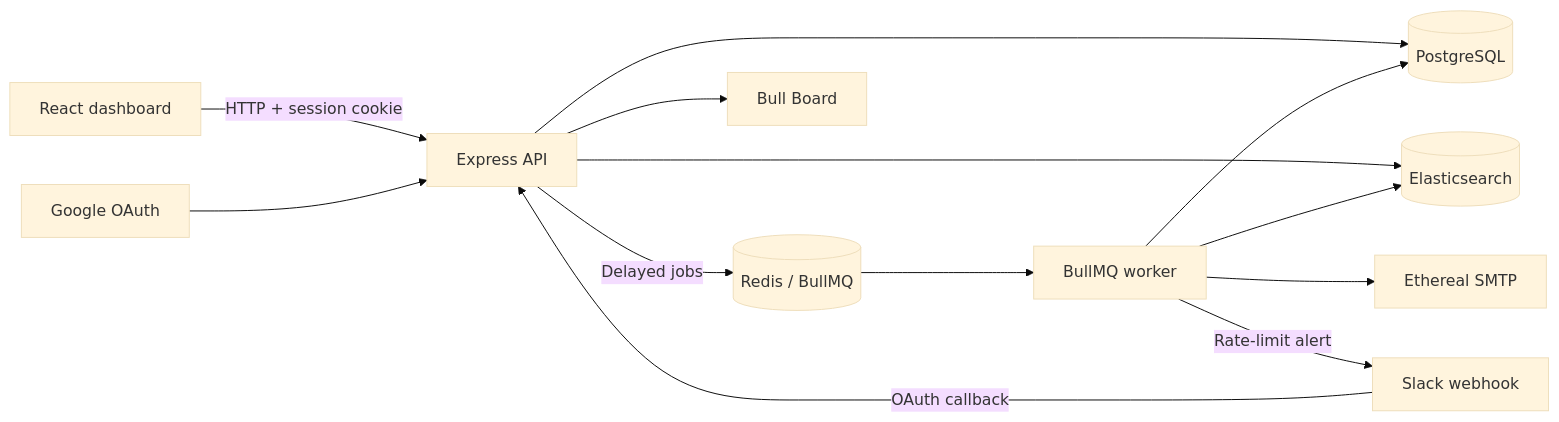
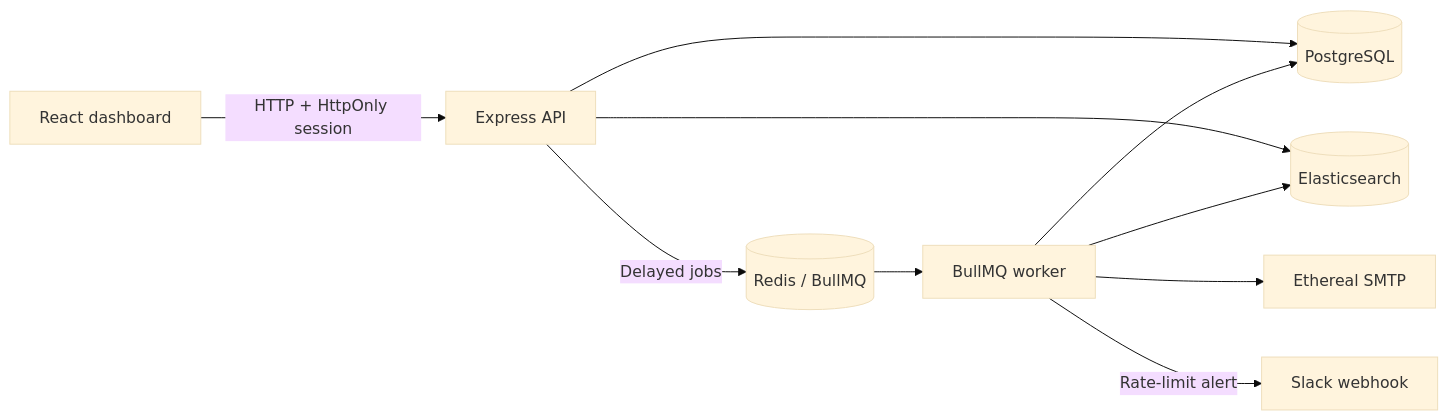
The diagram in README.md (rajasri-21/reachinbox_assignment), drawn with Mermaid (base theme) before and after one commit. The commit also changed other lines of this file and 33 other files, not shown here.

````diff
--- a/README.md
+++ b/README.md
@@ -11,15 +9,12 @@
 ```mermaid
 flowchart LR
-    UI[React dashboard] -->|HTTP + session cookie| API[Express API]
+    UI[React dashboard] -->|HTTP + HttpOnly session| API[Express API]
     API --> DB[(PostgreSQL)]
     API -->|Delayed jobs| REDIS[(Redis / BullMQ)]
     API --> SEARCH[(Elasticsearch)]
-    API --> BOARD[Bull Board]
     REDIS --> WORKER[BullMQ worker]
     WORKER --> DB
     WORKER --> SEARCH
     WORKER --> SMTP[Ethereal SMTP]
     WORKER -->|Rate-limit alert| SLACK[Slack webhook]
-    GOOGLE[Google OAuth] --> API
-    SLACK -->|OAuth callback| API
 ```
````
